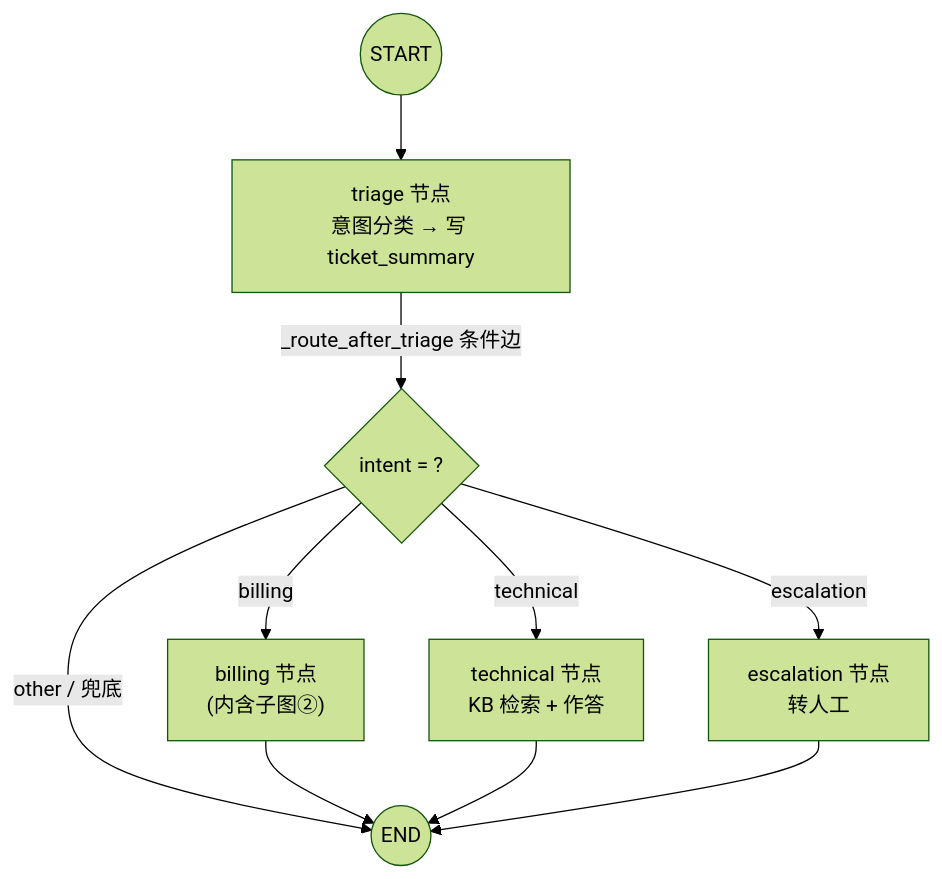
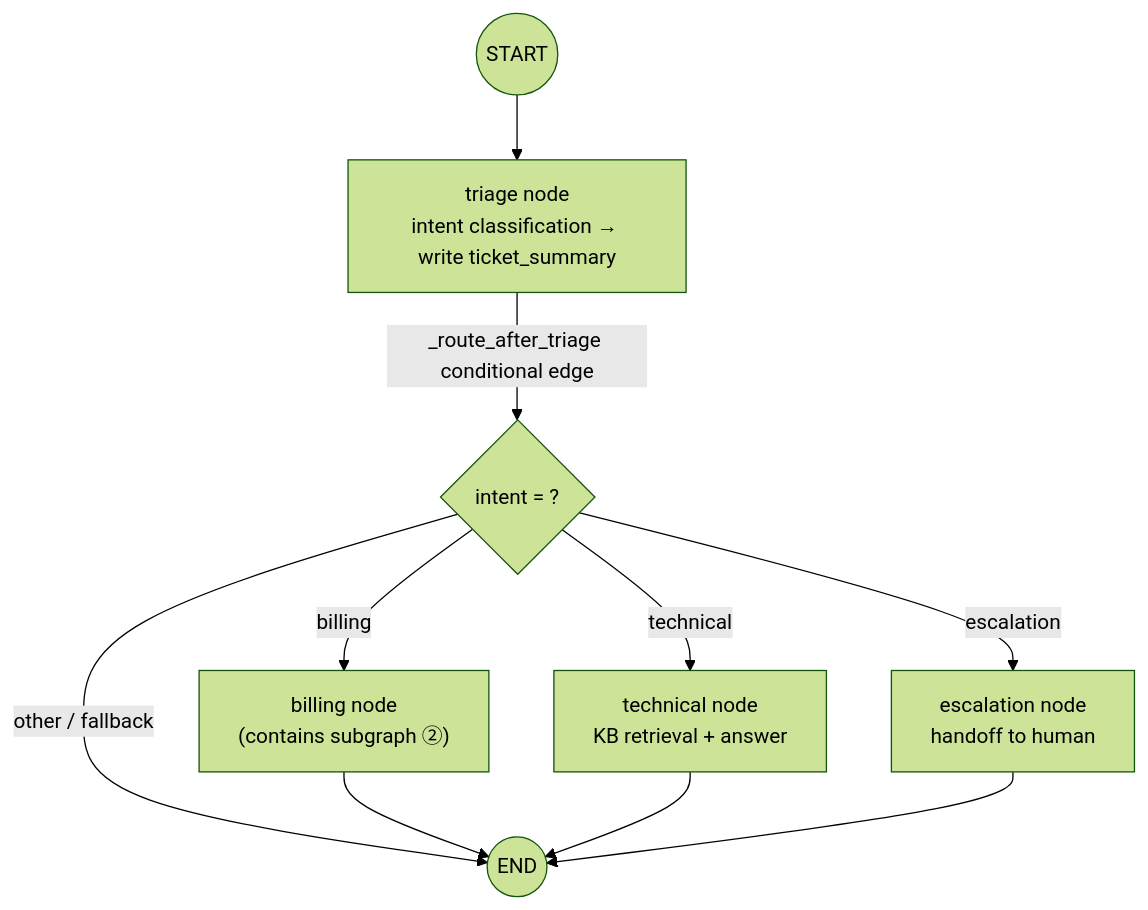
The fourth of 6 diagrams in README.md (AndyUneducated/resolve-ai), drawn with Mermaid (forest theme) before and after one commit. The commit also changed other lines of this file and 79 other files, not shown here.

````diff
--- a/README.md
+++ b/README.md
@@ -135,12 +135,12 @@
 ```mermaid
 flowchart TD
-  START((START)) --> triage["triage 节点<br/>意图分类 → 写 ticket_summary"]
-  triage -->|"_route_after_triage 条件边"| router{"intent = ?"}
-  router -->|billing| billing["billing 节点<br/>(内含子图②)"]
-  router -->|technical| technical["technical 节点<br/>KB 检索 + 作答"]
-  router -->|escalation| escalation["escalation 节点<br/>转人工"]
-  router -->|"other / 兜底"| E((END))
+  START((START)) --> triage["triage node<br/>intent classification → write ticket_summary"]
+  triage -->|"_route_after_triage conditional edge"| router{"intent = ?"}
+  router -->|billing| billing["billing node<br/>(contains subgraph ②)"]
+  router -->|technical| technical["technical node<br/>KB retrieval + answer"]
+  router -->|escalation| escalation["escalation node<br/>handoff to human"]
+  router -->|"other / fallback"| E((END))
   billing --> E
   technical --> E
   escalation --> E
 ```
````
